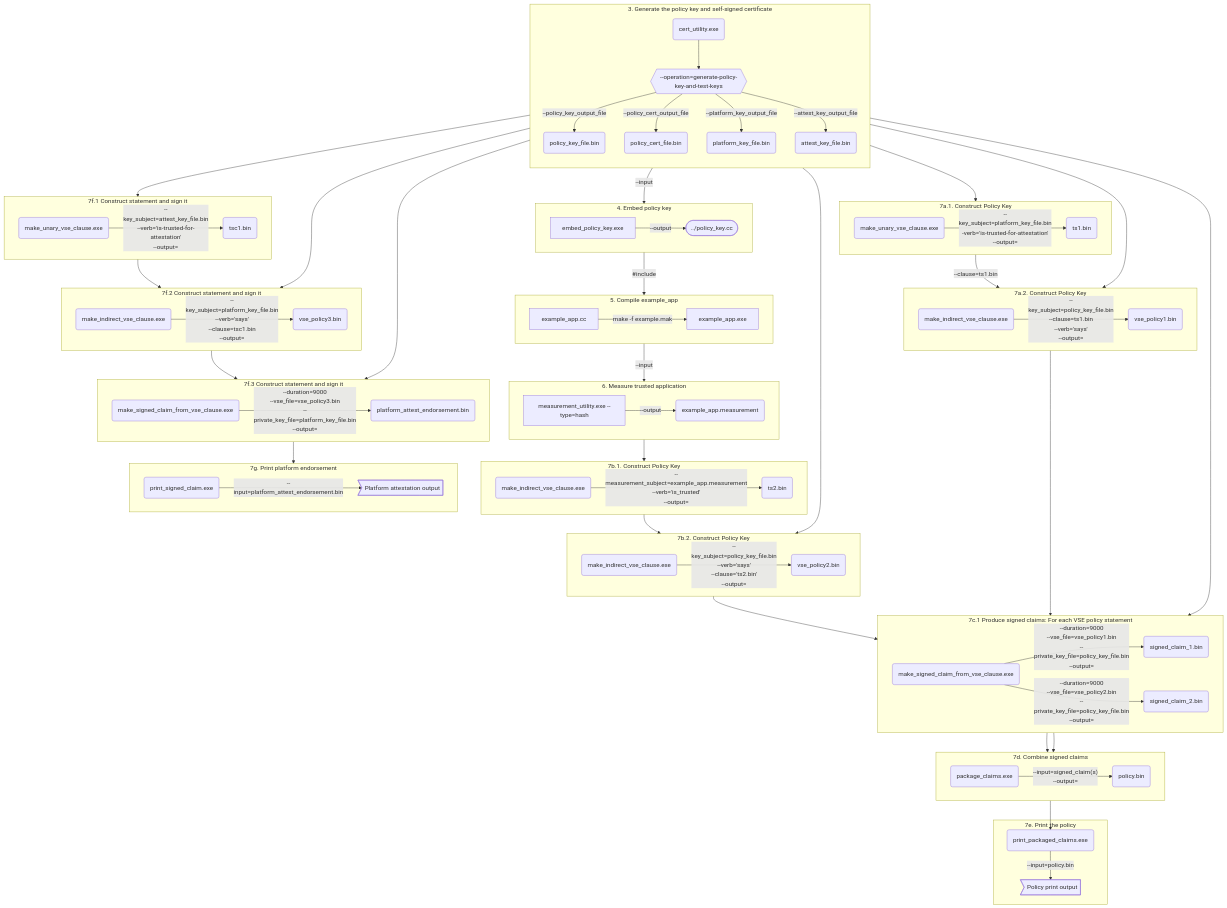
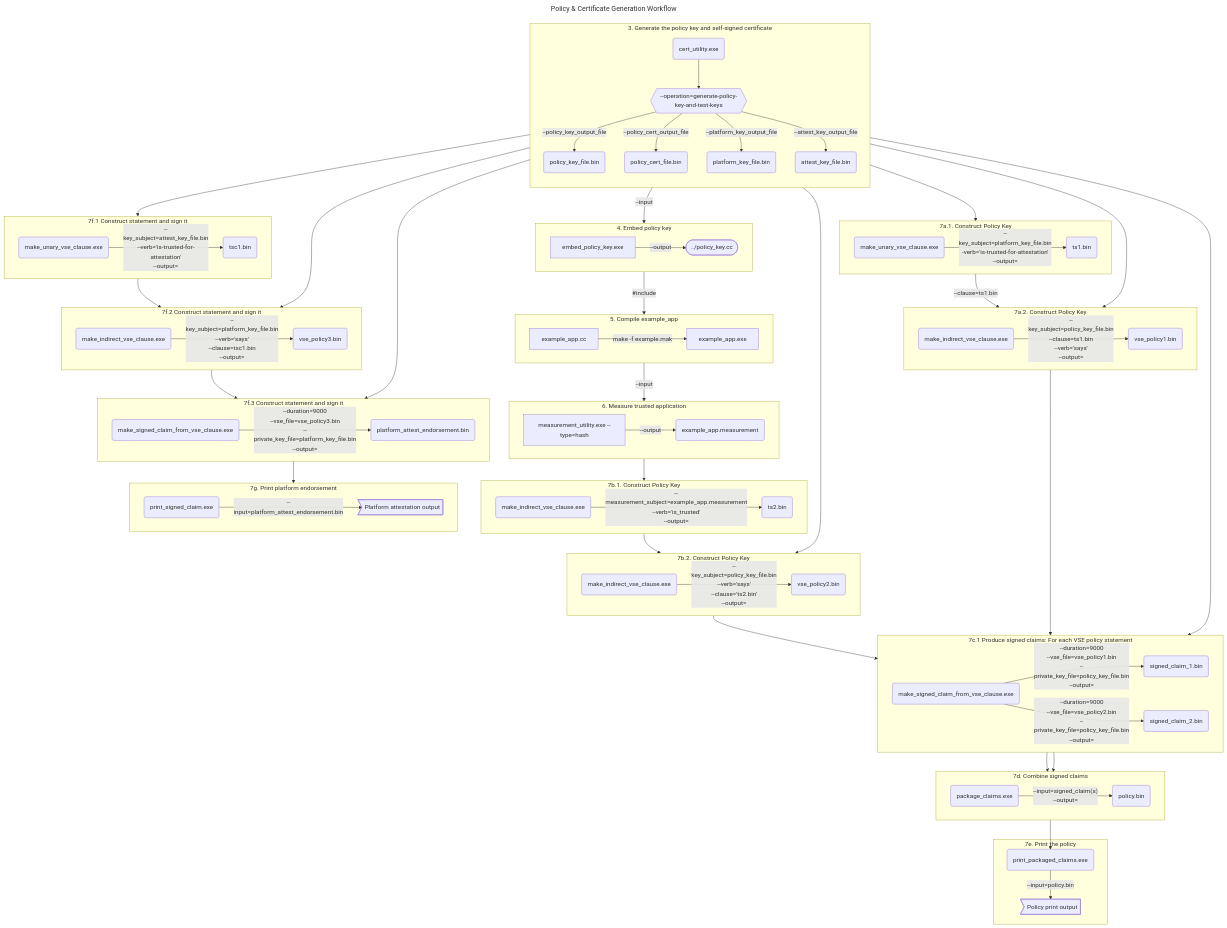
The second of 2 diagrams in sample_apps/simple_app/instructions.md (georgievaVMW/certifier-framework-for-confidential-computing), drawn with Mermaid before and after one commit. The commit also changed other lines of this file, not shown here.

Commit message:
Add title to Mermaid workflows.

````diff
--- a/sample_apps/simple_app/instructions.md
+++ b/sample_apps/simple_app/instructions.md
@@ -79,4 +84,7 @@
 ```mermaid
+---
+title: Policy & Certificate Generation Workflow
+---
  flowchart TB
     subgraph sg3 [3. Generate the policy key and self-signed certificate]
       direction TB
````
